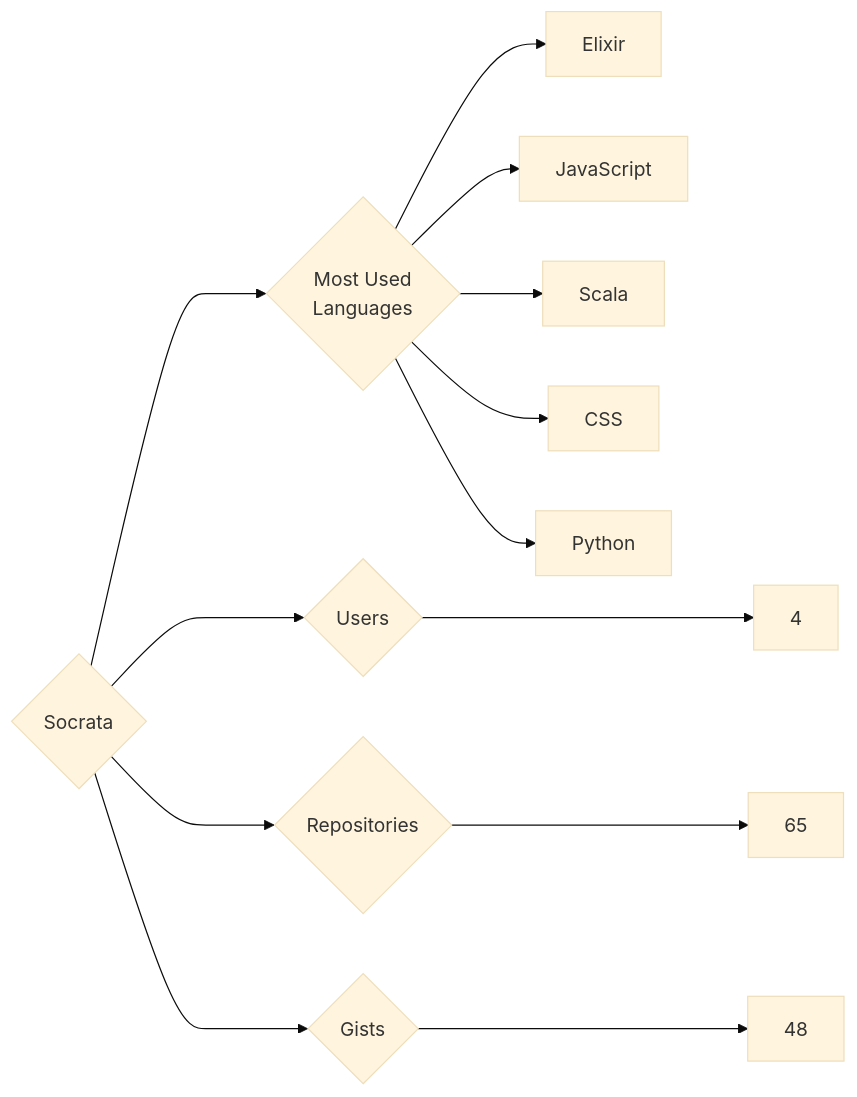
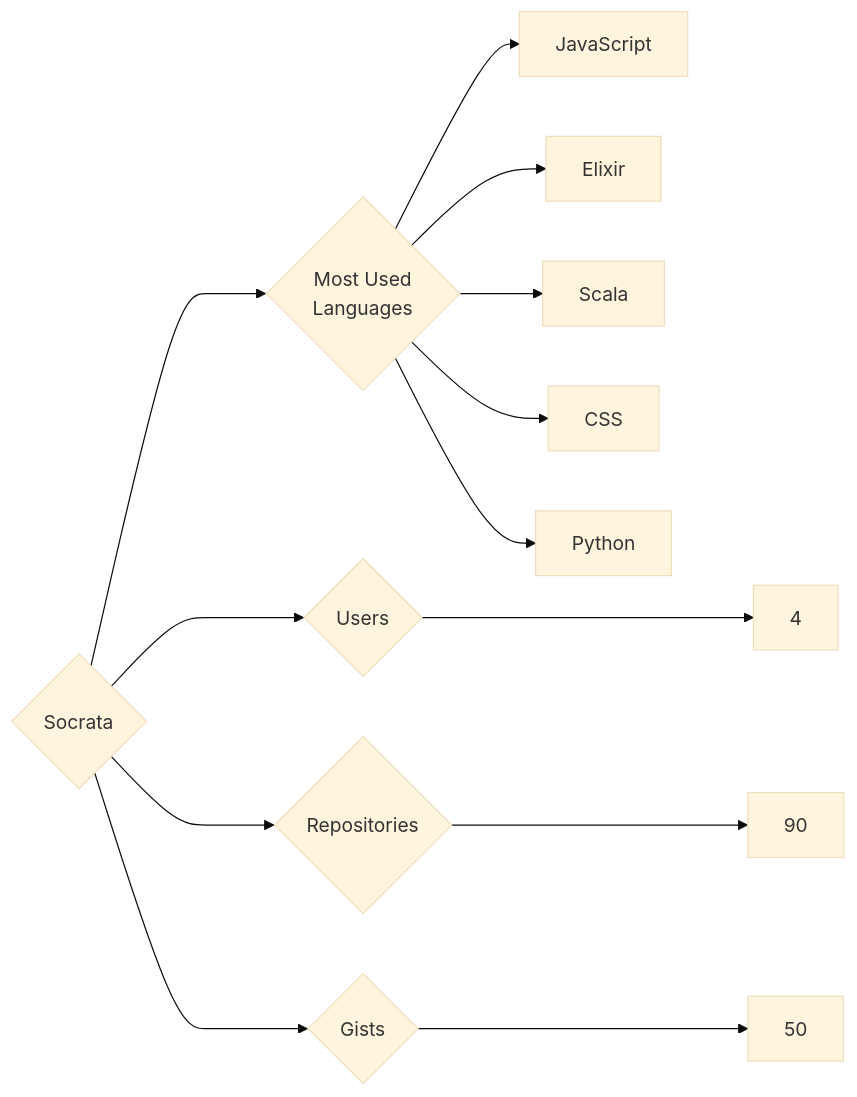
One commit to trickest/insiders changed the diagram in targets/Socrata/README.md. Above: the diagram before and after it, drawn with Mermaid (base theme). The commit also changed 898 other files, not shown here.

````diff
--- a/targets/Socrata/README.md
+++ b/targets/Socrata/README.md
@@ -3,13 +3,13 @@
 ```mermaid
 graph LR
 COMPANY_NAME{Socrata}
 COMPANY_NAME ---> U{Users} ---> UN[4]
-COMPANY_NAME ---> R{Repositories} ---> RN[65]
-COMPANY_NAME ---> G{Gists} ---> GN[48]
+COMPANY_NAME ---> R{Repositories} ---> RN[90]
+COMPANY_NAME ---> G{Gists} ---> GN[50]
 COMPANY_NAME ---> ML{Most Used<br>Languages}
+ML --> JavaScript[JavaScript]
 ML --> Elixir[Elixir]
-ML --> JavaScript[JavaScript]
 ML --> Scala[Scala]
 ML --> CSS[CSS]
 ML --> Python[Python]
 ```
````
